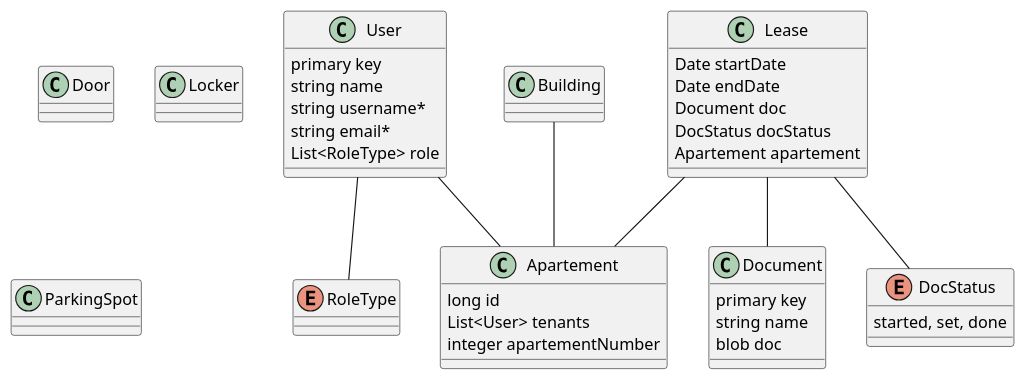
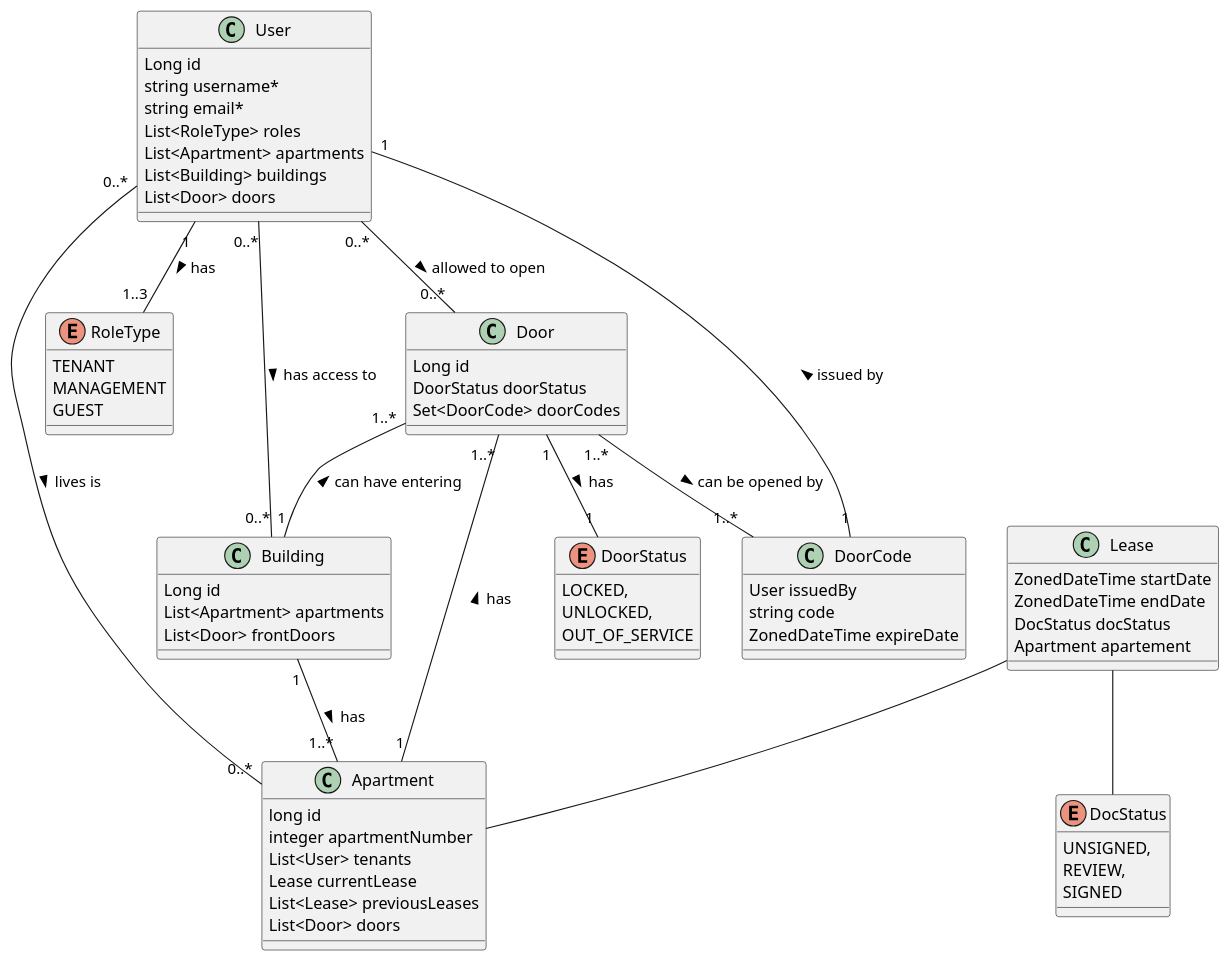
One commit to seancampbell3161/DSD-app changed the diagram in super_backend/model.puml. Above: the diagram before and after it, drawn with PlantUML. The commit also changed other lines of this file and 1 other file, not shown here.

Commit message:
feature: first version of diagram

```diff
--- a/super_backend/model.puml
+++ b/super_backend/model.puml
@@ -1,60 +1,84 @@
 @startuml
 class User{
-primary key
-string name
+Long id
 string username*
 string email*
-List<RoleType> role
+List<RoleType> roles
+List<Apartment> apartments
+List<Building> buildings
+List<Door> doors
 }
 
-class Apartement {
+class Apartment {
 long id
+integer apartmentNumber
 List<User> tenants
-integer apartementNumber
+Lease currentLease
+List<Lease> previousLeases
+List<Door> doors
 }
 
 enum RoleType{
+TENANT
+MANAGEMENT
+GUEST
 }
 
-class Document {
-primary key
-string name
-blob doc
-}
+
 
 class Lease {
-Date startDate
-Date endDate
-Document doc
+ZonedDateTime startDate
+ZonedDateTime endDate
 DocStatus docStatus
-Apartement apartement
+Apartment apartement
 }
 
 enum DocStatus {
-started, set, done
+UNSIGNED,
+REVIEW,
+SIGNED
 }
 
 class Building {
+Long id
+List<Apartment> apartments
+List<Door> frontDoors
 }
 
 class Door{
+Long id
+DoorStatus doorStatus
+Set<DoorCode> doorCodes
 }
 
-class Locker{
+enum DoorStatus{
+LOCKED,
+UNLOCKED,
+OUT_OF_SERVICE
 }
 
-class ParkingSpot {
+class DoorCode {
+User issuedBy
+string code
+ZonedDateTime expireDate
 }
 
-User -- RoleType
 
+
+User "1" -- "1..3" RoleType : > has
 Lease -- DocStatus
-Lease -- Document
-Lease -- Apartement
-User -- Apartement
-Building -- Apartement
+Lease -- Apartment
+User "0..*" -- "0..*" Apartment : > lives is
+Building "1" -- "1..*" Apartment : > has
+Door "1..*" -- "1" Building : < can have entering
+Door "1..*" -- "1" Apartment: < has
+Door "1" -- "1" DoorStatus : > has
+Door "1..*" -- "1..*" DoorCode : > can be opened by
+DoorCode "1" -- "1" User :  > issued by
+User "0..*" -- "0..*" Building : > has access to
+User "0..*" -- "0..*" Door : > allowed to open
 
 
 
 
 @enduml
```
